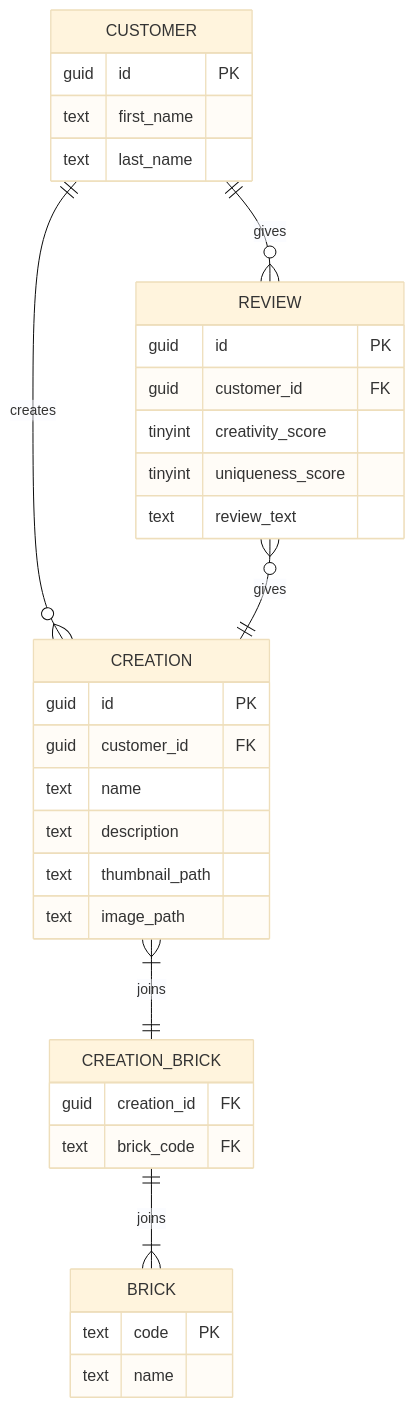
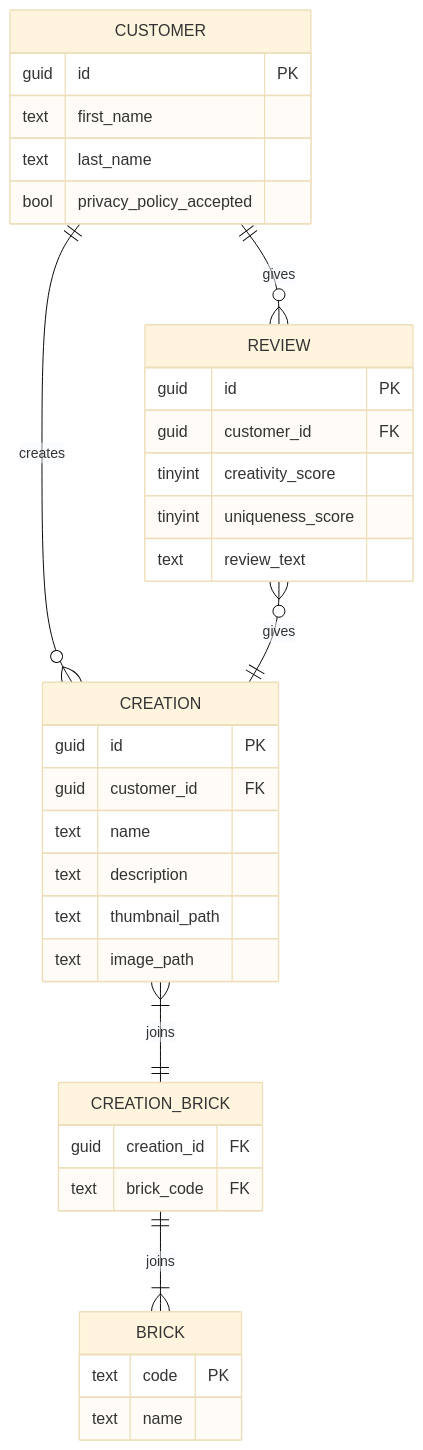
One commit to JozsefHalmi/npu-assignment changed the diagram in README.md. Above: the diagram before and after it, drawn with Mermaid (base theme). The commit also changed other lines of this file and 11 other files, not shown here.

````diff
--- a/README.md
+++ b/README.md
@@ -118,37 +77,38 @@
 ```mermaid
 erDiagram
     CUSTOMER ||--o{ CREATION : creates
     CUSTOMER ||--o{ REVIEW : gives
     CUSTOMER {
         guid id PK
         text first_name
         text last_name
+        bool privacy_policy_accepted
     }
     CREATION |{--|| CREATION_BRICK : joins
     CREATION {
         guid id PK
         guid customer_id FK
         text name
         text description
         text thumbnail_path
         text image_path
     }
     CREATION_BRICK ||--|{ BRICK : joins
     CREATION_BRICK {
         guid creation_id FK
         text brick_code FK
     }
     BRICK {
         text code PK
         text name
     }
 
     REVIEW }o--|| CREATION : gives
     REVIEW {
         guid id PK
         guid customer_id FK
         tinyint creativity_score
         tinyint uniqueness_score
         text review_text
     }
 ```
````
